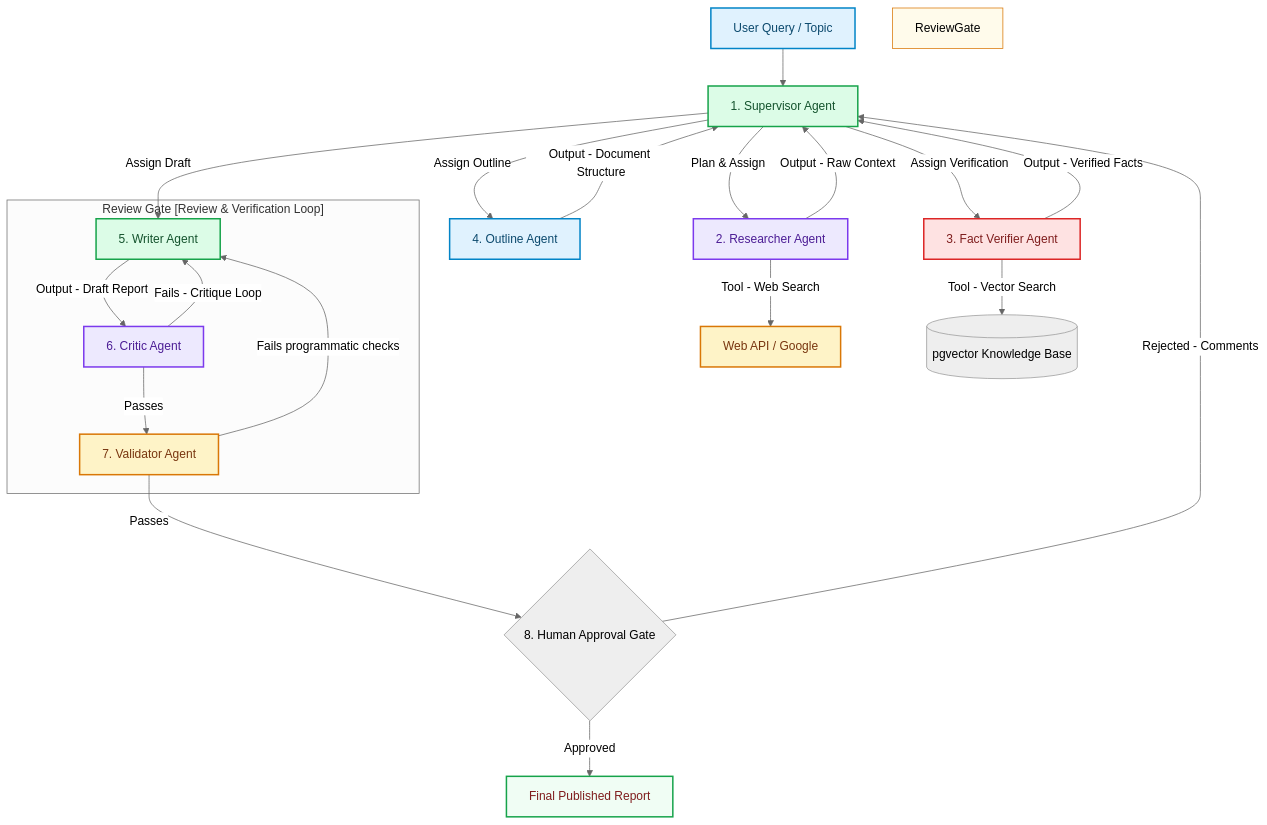
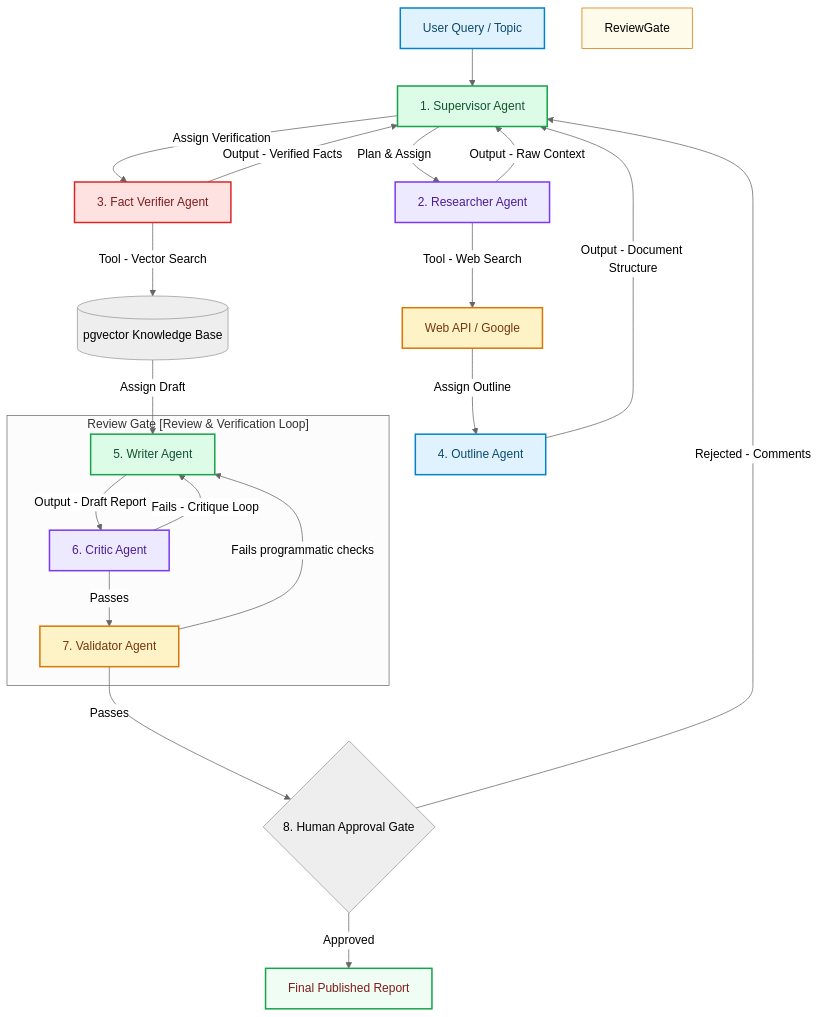
One commit to akmalkhaniub/akmalkhaniub.github.io changed the diagram in blog/posts/production-ready-multi-agent-blueprint.md. Above: the diagram before and after it, drawn with Mermaid (neutral theme). The commit also changed other lines of this file and 894 other files, not shown here.

Commit message:
feat(blog): upgrade all 444 posts with unique staggered dates, 2-col Mermaid spines, benchmark tables, code blocks, and trade-offs

````diff
--- a/blog/posts/production-ready-multi-agent-blueprint.md
+++ b/blog/posts/production-ready-multi-agent-blueprint.md
@@ -16,42 +16,42 @@
 ```mermaid
 flowchart TD
     UserReq["User Query / Topic"] --> Supervisor["1. Supervisor Agent"]
     Supervisor -->|Plan & Assign| Researcher["2. Researcher Agent"]
     Researcher -->|Tool - Web Search| Web["Web API / Google"]
     
     Researcher -->|Output - Raw Context| Supervisor
     Supervisor -->|Assign Verification| FactChecker["3. Fact Verifier Agent"]
     FactChecker -->|Tool - Vector Search| Vector[(pgvector Knowledge Base)]
     
     FactChecker -->|Output - Verified Facts| Supervisor
-    Supervisor -->|Assign Outline| Outliner["4. Outline Agent"]
+    Web --> |Assign Outline| Outliner["4. Outline Agent"]
     Outliner -->|Output - Document Structure| Supervisor
     
-    Supervisor -->|Assign Draft| Writer["5. Writer Agent"]
+    Vector --> |Assign Draft| Writer["5. Writer Agent"]
     Writer -->|Output - Draft Report| Critic["6. Critic Agent"]
     
     subgraph SG1_ReviewGateReview ["Review Gate [Review & Verification Loop]"]
         Critic -->|Fails - Critique Loop| Writer
         Critic -->|Passes| Validator["7. Validator Agent"]
     end
     
     Validator -->|Fails programmatic checks| Writer
     Validator -->|Passes| HITL{8. Human Approval Gate}
     
     HITL -->|Approved| Commit["Final Published Report"]
     HITL -->|Rejected - Comments| Supervisor
     
     style ReviewGate fill:#fffbeb,stroke:#d97706,stroke-width:1px
     style Commit fill:#f0fdf4,stroke:#16a34a,stroke-width:2px
 
 classDef green fill:#dcfce7,stroke:#16a34a,stroke-width:2px,color:#14532d;
 classDef red fill:#fee2e2,stroke:#dc2626,stroke-width:2px,color:#7f1d1d;
 classDef blue fill:#e0f2fe,stroke:#0284c7,stroke-width:2px,color:#0c4a6e;
 classDef yellow fill:#fef3c7,stroke:#d97706,stroke-width:2px,color:#78350f;
 classDef purple fill:#ede9fe,stroke:#7c3aed,stroke-width:2px,color:#4c1d95;
 class UserReq,Outliner blue
 class Supervisor,Writer green
 class Researcher,Critic purple
 class Web,Validator yellow
 class FactChecker,Commit red
 ```
````
